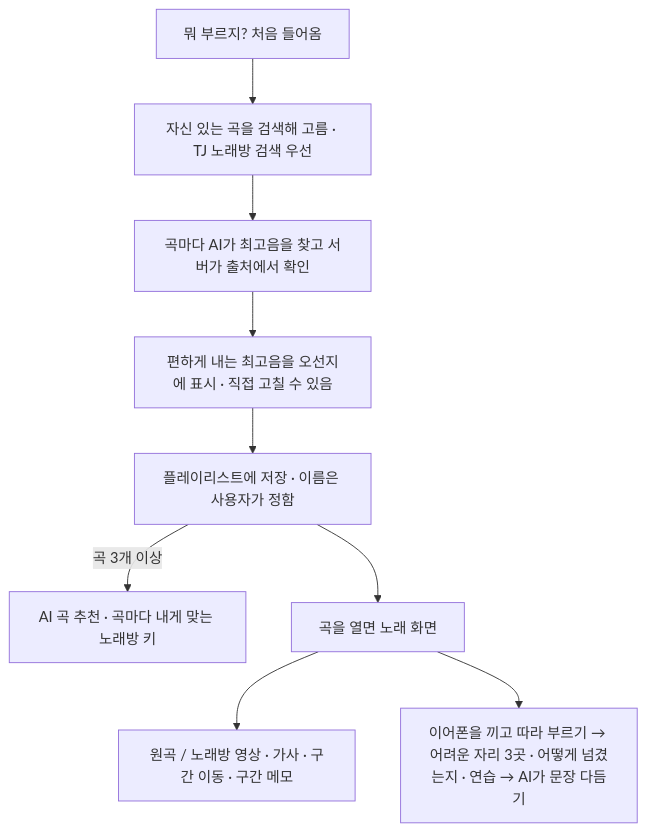
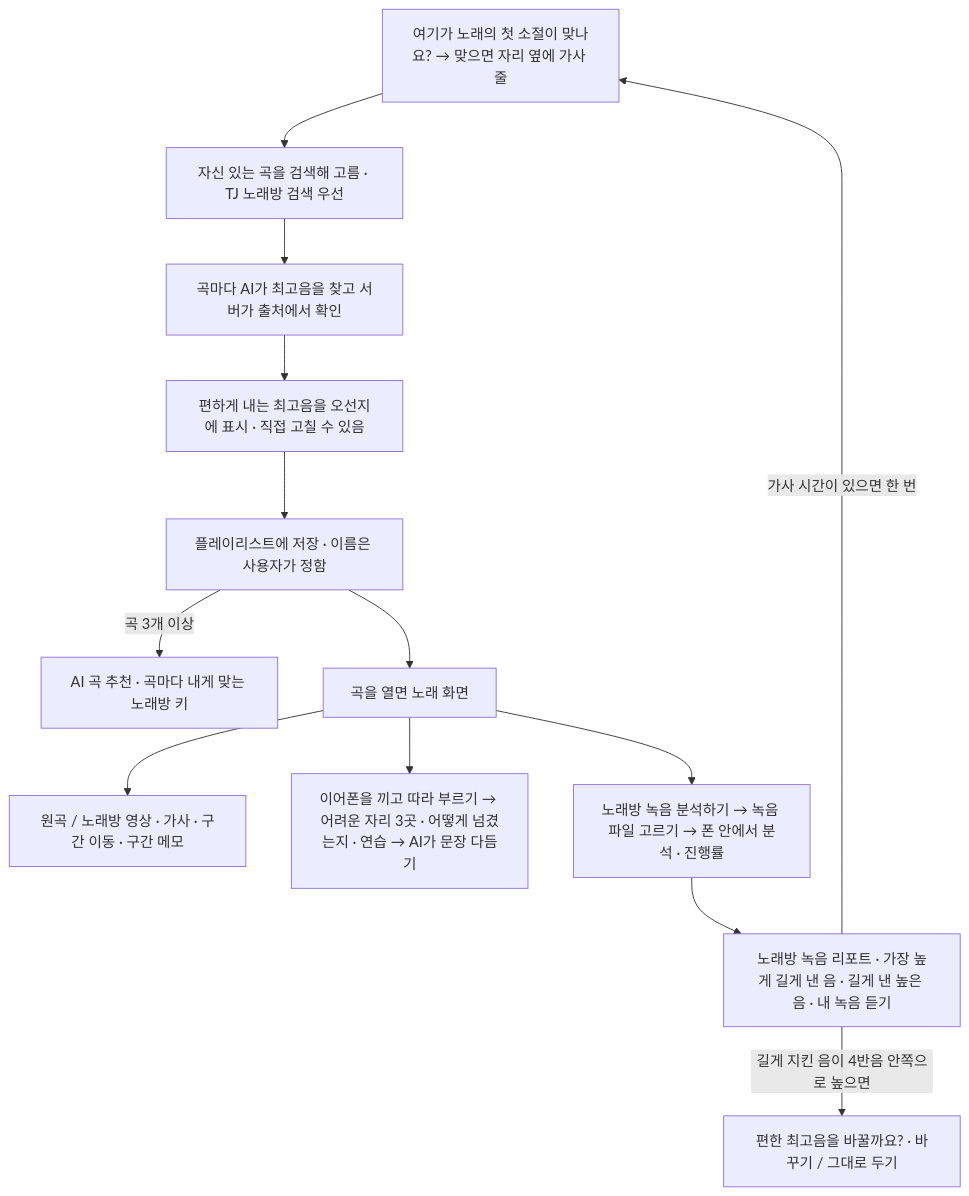
The second of 2 diagrams in docs/ui-flows.md (Yoonsung-kor/SING), drawn with Mermaid before and after one commit. The commit also changed other lines of this file and 4 other files, not shown here.

````diff
--- a/docs/ui-flows.md
+++ b/docs/ui-flows.md
@@ -48,11 +48,15 @@
 ```mermaid
 flowchart TD
     First[뭐 부르지? 처음 들어옴] --> Pick[자신 있는 곡을 검색해 고름 · TJ 노래방 검색 우선]
     Pick --> Top[곡마다 AI가 최고음을 찾고 서버가 출처에서 확인]
     Top --> Range[편하게 내는 최고음을 오선지에 표시 · 직접 고칠 수 있음]
     Range --> List[플레이리스트에 저장 · 이름은 사용자가 정함]
     List -->|곡 3개 이상| Rec[AI 곡 추천 · 곡마다 내게 맞는 노래방 키]
     List --> Song[곡을 열면 노래 화면]
     Song --> Watch[원곡 / 노래방 영상 · 가사 · 구간 이동 · 구간 메모]
     Song --> Sing[이어폰을 끼고 따라 부르기 → 어려운 자리 3곳 · 어떻게 넘겼는지 · 연습 → AI가 문장 다듬기]
+    Song --> Karaoke[노래방 녹음 분석하기 → 녹음 파일 고르기 → 폰 안에서 분석 · 진행률]
+    Karaoke --> KReport[노래방 녹음 리포트 · 가장 높게 길게 낸 음 · 길게 낸 높은 음 · 내 녹음 듣기]
+    KReport -->|가사 시간이 있으면 한 번| First[여기가 노래의 첫 소절이 맞나요? → 맞으면 자리 옆에 가사 줄]
+    KReport -->|길게 지킨 음이 4반음 안쪽으로 높으면| High[편한 최고음을 바꿀까요? · 바꾸기 / 그대로 두기]
 ```
````
